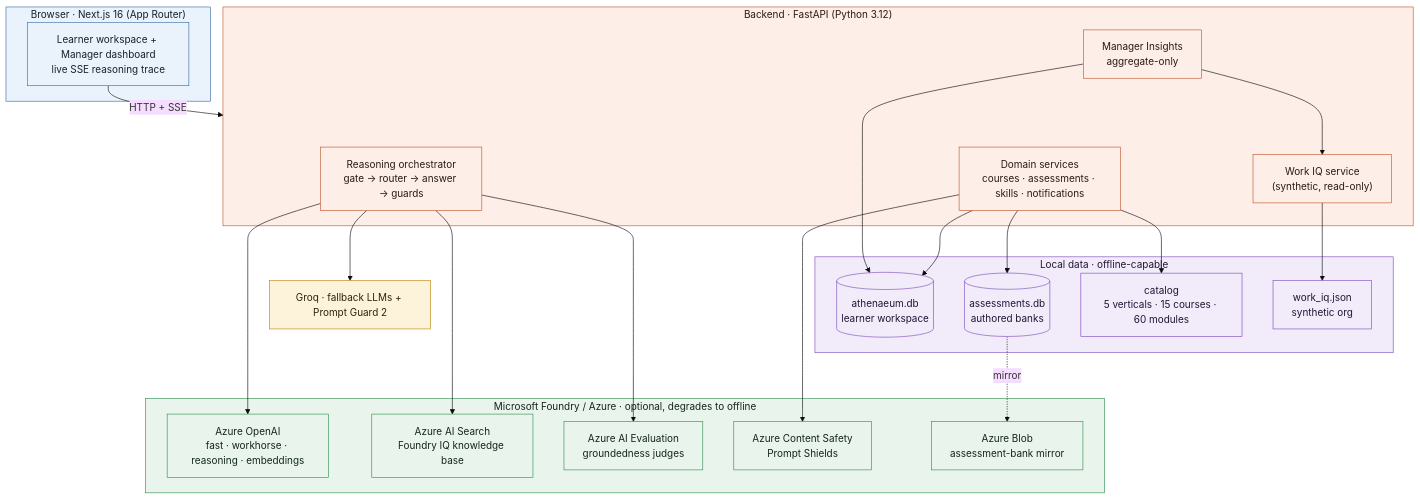
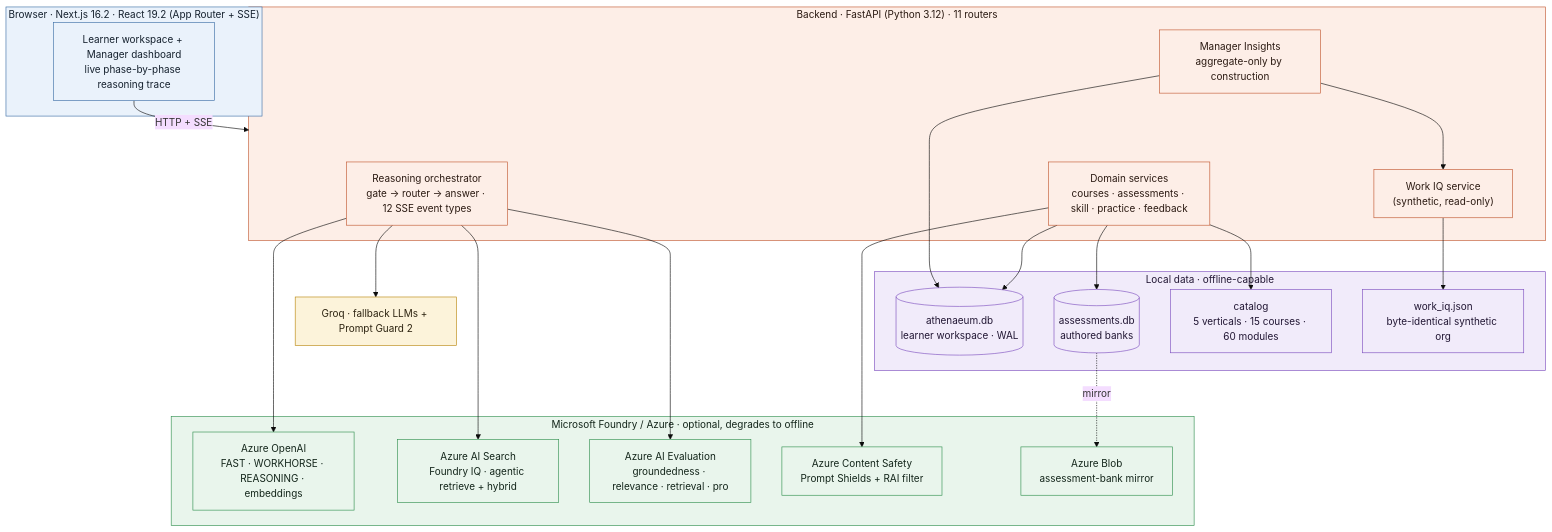
One commit to theCodeForgerHQ/msf-reasoning-agent changed the first of 10 diagrams in README.md. Above: the diagram before and after it, drawn with Mermaid (base theme). The commit also changed other lines of this file and 2 other files, not shown here.

First line of the commit message:
Enhance insights dashboard and manager workspace

````diff
--- a/README.md
+++ b/README.md
@@ -61,50 +88,50 @@
 ```mermaid
 flowchart TB
     classDef client fill:#eaf2fb,stroke:#3b6ea5,color:#15212e
     classDef api fill:#fdeee7,stroke:#c0562f,color:#2b1a12
     classDef cloud fill:#e9f5ec,stroke:#2f8f4e,color:#13251a
     classDef groq fill:#fcf3da,stroke:#b8860b,color:#2c2310
     classDef data fill:#f1ebfa,stroke:#7c4dbf,color:#211633
 
-    subgraph CLIENT["Browser · Next.js 16 (App Router)"]
-        UI["Learner workspace + Manager dashboard<br/>live SSE reasoning trace"]
+    subgraph CLIENT["Browser · Next.js 16.2 · React 19.2 (App Router + SSE)"]
+        UI["Learner workspace + Manager dashboard<br/>live phase-by-phase reasoning trace"]
     end
 
-    subgraph BACKEND["Backend · FastAPI (Python 3.12)"]
-        ORCH["Reasoning orchestrator<br/>gate → router → answer → guards"]
-        DOM["Domain services<br/>courses · assessments · skills · notifications"]
-        MGR["Manager Insights<br/>aggregate-only"]
+    subgraph BACKEND["Backend · FastAPI (Python 3.12) · 11 routers"]
+        ORCH["Reasoning orchestrator<br/>gate → router → answer · 12 SSE event types"]
+        DOM["Domain services<br/>courses · assessments · skill · practice · feedback"]
+        MGR["Manager Insights<br/>aggregate-only by construction"]
         WIQ["Work IQ service<br/>(synthetic, read-only)"]
     end
 
     subgraph CLOUD["Microsoft Foundry / Azure · optional, degrades to offline"]
-        AOAI["Azure OpenAI<br/>fast · workhorse · reasoning · embeddings"]
-        SRCH["Azure AI Search<br/>Foundry IQ knowledge base"]
-        EVAL["Azure AI Evaluation<br/>groundedness judges"]
-        CS["Azure Content Safety<br/>Prompt Shields"]
+        AOAI["Azure OpenAI<br/>FAST · WORKHORSE · REASONING · embeddings"]
+        SRCH["Azure AI Search<br/>Foundry IQ · agentic retrieve + hybrid"]
+        EVAL["Azure AI Evaluation<br/>groundedness · relevance · retrieval · pro"]
+        CS["Azure Content Safety<br/>Prompt Shields + RAI filter"]
         BLOB["Azure Blob<br/>assessment-bank mirror"]
     end
 
     GROQ["Groq · fallback LLMs + Prompt Guard 2"]
 
     subgraph DATA["Local data · offline-capable"]
-        DB1[("athenaeum.db<br/>learner workspace")]
+        DB1[("athenaeum.db<br/>learner workspace · WAL")]
         DB2[("assessments.db<br/>authored banks")]
         CAT["catalog<br/>5 verticals · 15 courses · 60 modules"]
-        WJSON["work_iq.json<br/>synthetic org"]
+        WJSON["work_iq.json<br/>byte-identical synthetic org"]
     end
 
     UI -->|HTTP + SSE| BACKEND
     ORCH --> AOAI & SRCH & EVAL & GROQ
     DOM --> CS & DB1 & DB2
     DB2 -. mirror .-> BLOB
     DOM --> CAT
     WIQ --> WJSON
     MGR --> WIQ & DB1
 
     class CLIENT,UI client
     class BACKEND,ORCH,DOM,MGR,WIQ api
     class CLOUD,AOAI,SRCH,EVAL,CS,BLOB cloud
     class GROQ groq
     class DATA,DB1,DB2,CAT,WJSON data
 ```
````
